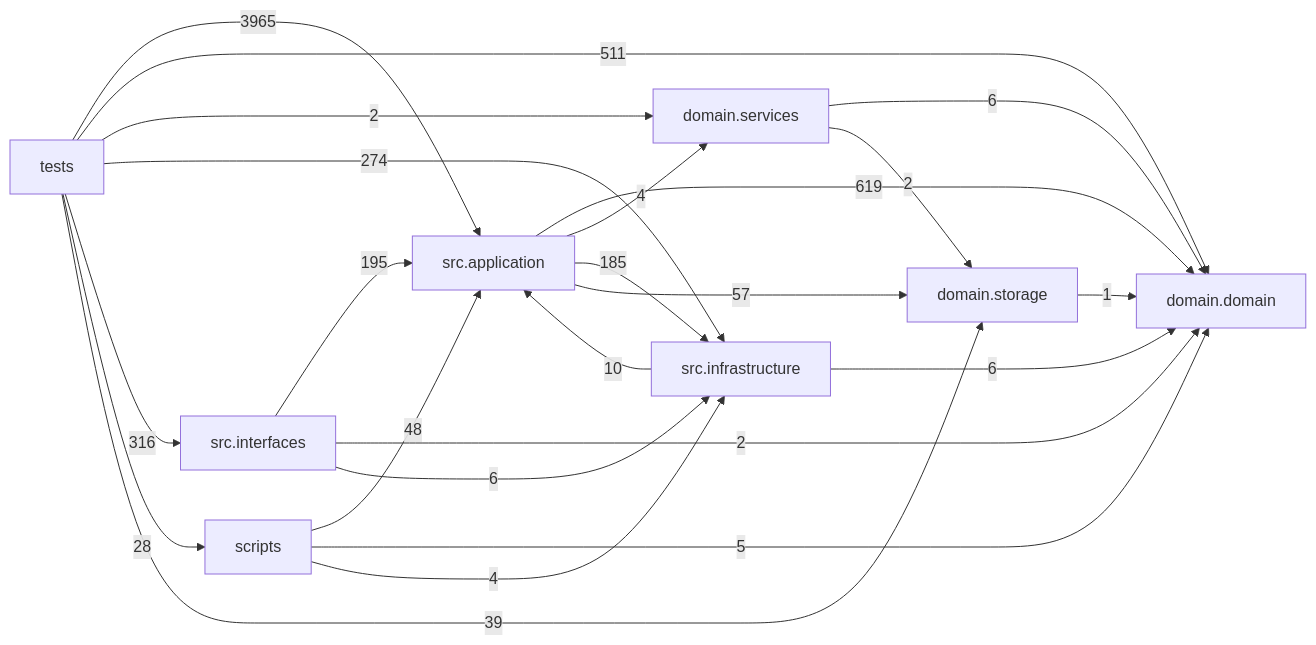
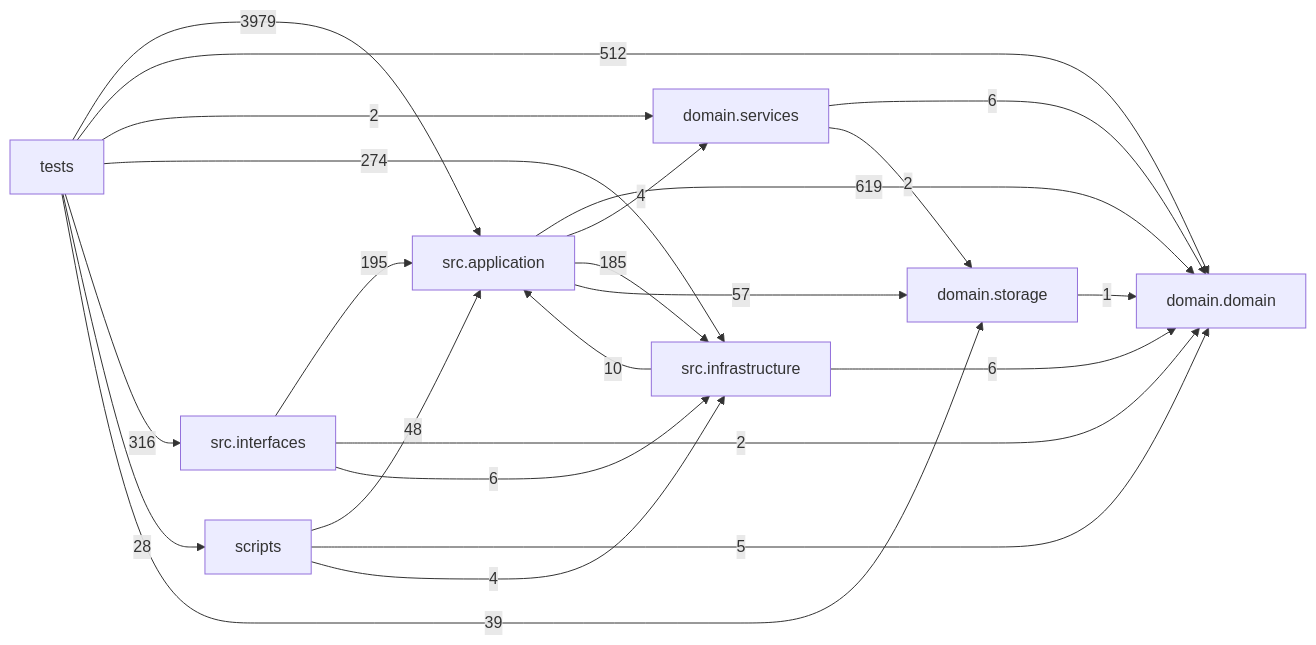
One commit to liuxie066/options-monitor changed the diagram in docs/DEPENDENCY_GRAPH.md. Above: the diagram before and after it, drawn with Mermaid. The commit also changed other lines of this file and 13 other files, not shown here.

````diff
--- a/docs/DEPENDENCY_GRAPH.md
+++ b/docs/DEPENDENCY_GRAPH.md
@@ -24,33 +24,33 @@
 ```mermaid
 flowchart LR
   tests["tests"]
   scripts["scripts"]
   interfaces["src.interfaces"]
   application["src.application"]
   infrastructure["src.infrastructure"]
   domain_services["domain.services"]
   domain["domain.domain"]
   storage["domain.storage"]
   application -->|619| domain
   application -->|4| domain_services
   application -->|185| infrastructure
   application -->|57| storage
   domain_services -->|6| domain
   domain_services -->|2| storage
   infrastructure -->|10| application
   infrastructure -->|6| domain
   interfaces -->|195| application
   interfaces -->|2| domain
   interfaces -->|6| infrastructure
   scripts -->|48| application
   scripts -->|5| domain
   scripts -->|4| infrastructure
   storage -->|1| domain
-  tests -->|3965| application
-  tests -->|511| domain
+  tests -->|3979| application
+  tests -->|512| domain
   tests -->|2| domain_services
   tests -->|274| infrastructure
   tests -->|316| interfaces
   tests -->|28| scripts
   tests -->|39| storage
 ```
````
